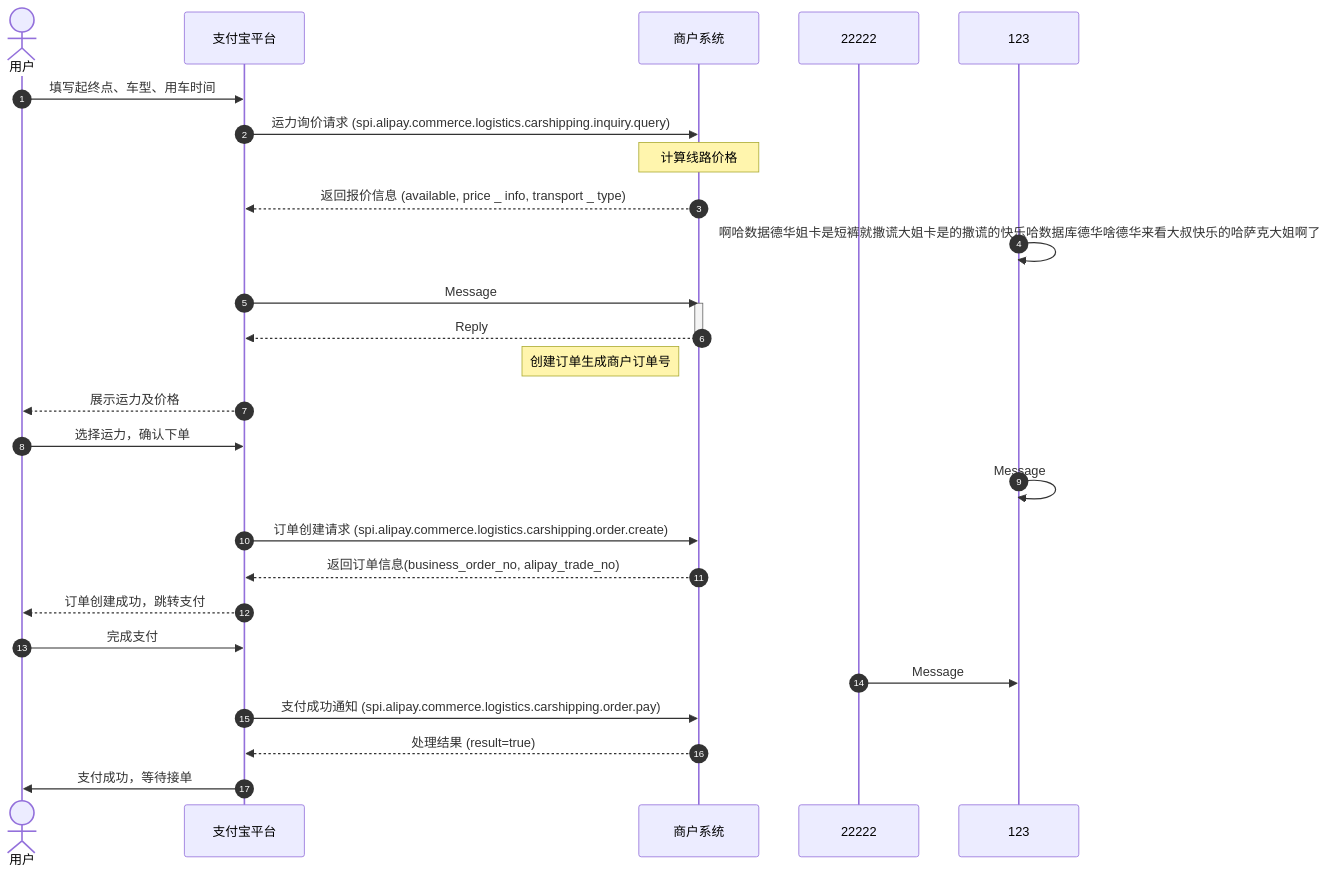
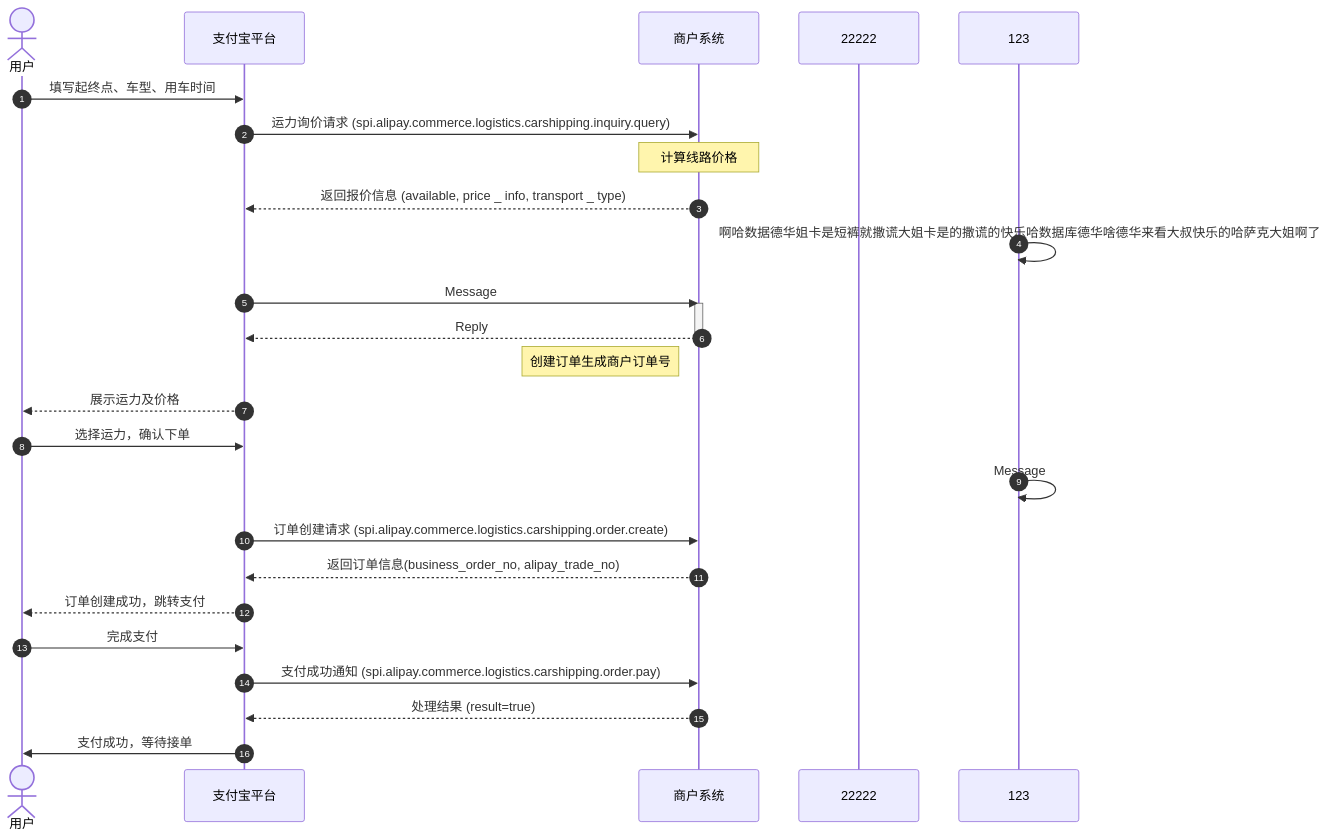
One commit to pingpm/mermaid_vault changed the diagram in mmd/test_dba1b258-be6a-414c-9967-aedbcccfa44f.mmd. Above: the diagram before and after it, drawn with Mermaid. The commit also changed 2 other files, not shown here.

Commit message:
Sync Mermaid Studio data (8 diagrams)

```diff
--- a/mmd/test_dba1b258-be6a-414c-9967-aedbcccfa44f.mmd
+++ b/mmd/test_dba1b258-be6a-414c-9967-aedbcccfa44f.mmd
@@ -1,28 +1,27 @@
 sequenceDiagram
   autonumber
   actor p0 as 用户
   participant p1 as 支付宝平台
   participant p2 as 商户系统
   participant p3 as 22222
   participant p4 as 123
   p0->>p1: 填写起终点、⻋型、⽤⻋时间
   p1->>p2: 运⼒询价请求 (spi.alipay.commerce.logistics.carshipping.inquiry.query)
   Note over p2: 计算线路价格
   p2-->>p1: 返回报价信息 (available, price _ info, transport _ type)
   p4->>p4: 啊哈数据德华姐卡是短裤就撒谎大姐卡是的撒谎的快乐哈数据库德华啥德华来看大叔快乐的哈萨克大姐啊了
   p1->>p2: Message
   activate p2
   p2-->>p1: Reply
   deactivate p2
   Note left of p2: 创建订单⽣成商户订单号
   p1-->>p0: 展示运⼒及价格
   p0->>p1: 选择运⼒，确认下单
   p4->>p4: Message
   p1->>p2: 订单创建请求 (spi.alipay.commerce.logistics.carshipping.order.create)
   p2-->>p1: 返回订单信息(business_order_no, alipay_trade_no)
   p1-->>p0: 订单创建成功，跳转⽀付
   p0->>p1: 完成⽀付
-  p3->>p4: Message
   p1->>p2: ⽀付成功通知 (spi.alipay.commerce.logistics.carshipping.order.pay)
   p2-->>p1: 处理结果 (result=true)
   p1->>p0: ⽀付成功，等待接单
```
